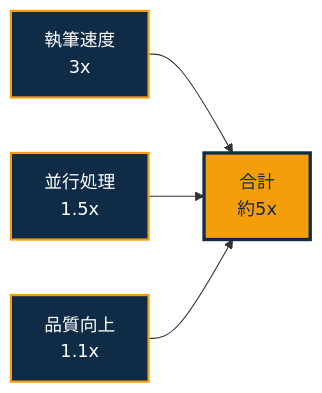
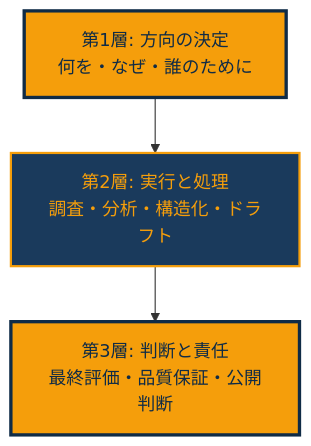
The first of 10 diagrams in docs/jp/the_10_80_10_principle_JP.md (Leading-AI-IO/the-10-80-10-principle), drawn with Mermaid before and after one commit. The commit also changed other lines of this file, not shown here.

````diff
--- a/docs/jp/the_10_80_10_principle_JP.md
+++ b/docs/jp/the_10_80_10_principle_JP.md
@@ -74,11 +118,9 @@
 ```mermaid
-graph LR
-    A["執筆速度<br/>3x"] --> D["合計<br/>約5x"]
-    B["並行処理<br/>1.5x"] --> D
-    C["品質向上<br/>1.1x"] --> D
-    
-    style A fill:#0f2b46,stroke:#f59e0b,color:#ffffff,stroke-width:2px
-    style B fill:#0f2b46,stroke:#f59e0b,color:#ffffff,stroke-width:2px
-    style C fill:#0f2b46,stroke:#f59e0b,color:#ffffff,stroke-width:2px
-    style D fill:#f59e0b,stroke:#0f2b46,color:#0f2b46,stroke-width:3px
+graph TB
+    L1["第1層: 方向の決定<br/>何を・なぜ・誰のために"] --> L2["第2層: 実行と処理<br/>調査・分析・構造化・ドラフト"]
+    L2 --> L3["第3層: 判断と責任<br/>最終評価・品質保証・公開判断"]
+
+    style L1 fill:#f59e0b,stroke:#0f2b46,color:#0f2b46,stroke-width:3px
+    style L2 fill:#1a3a5c,stroke:#f59e0b,color:#f59e0b,stroke-width:2px
+    style L3 fill:#f59e0b,stroke:#0f2b46,color:#0f2b46,stroke-width:3px
 ```
````
